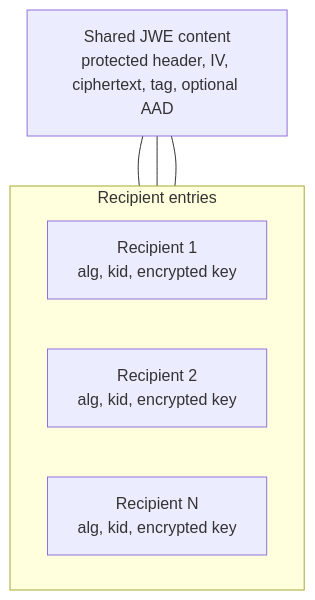
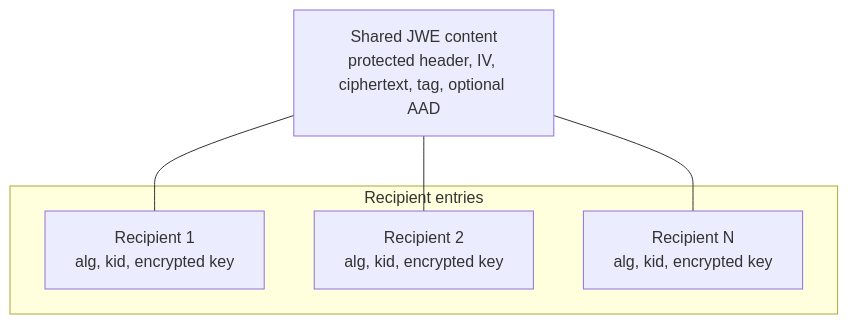
One commit to mkbeh/xjose changed the tenth of 20 diagrams in DESIGN.md. Above: the diagram before and after it, drawn with Mermaid. The commit also changed other lines of this file, not shown here.

Commit message:
docs(design): fix Mermaid diagram rendering (#13)

````diff
--- a/DESIGN.md
+++ b/DESIGN.md
@@ -479,15 +471,14 @@
 ```mermaid
 flowchart TB
     Shared[Shared JWE content<br/>protected header, IV, ciphertext, tag, optional AAD]
 
     subgraph Recipients["Recipient entries"]
-        direction LR
         R1[Recipient 1<br/>alg, kid, encrypted key]
         R2[Recipient 2<br/>alg, kid, encrypted key]
         RN[Recipient N<br/>alg, kid, encrypted key]
     end
 
     Shared --- R1
     Shared --- R2
     Shared --- RN
 ```
````
